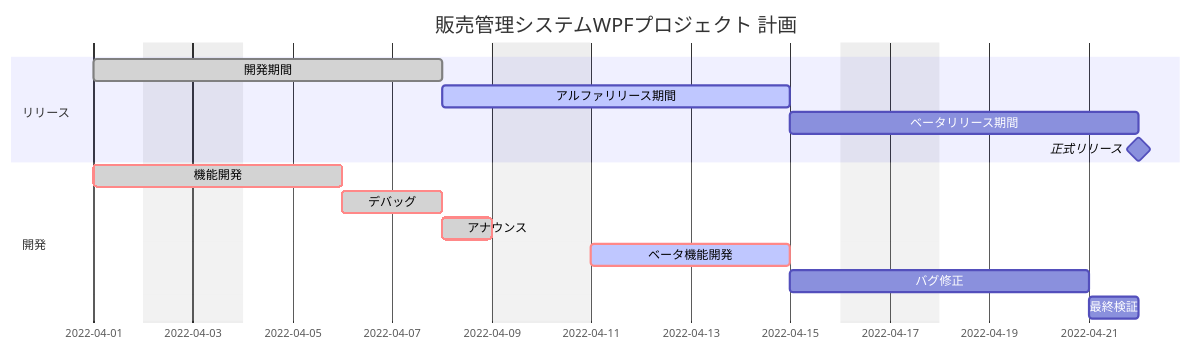
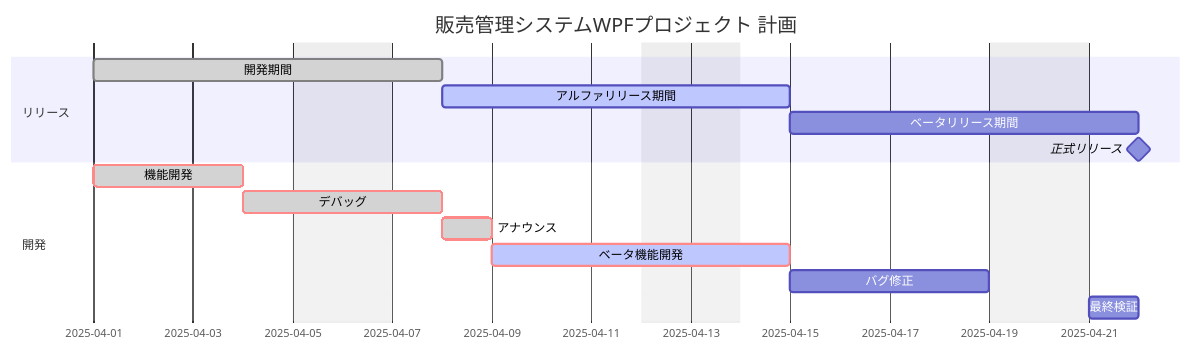
Before and after one commit to sekiya-sato/wpfstudy: the sixth of 8 diagrams in README.md, drawn with Mermaid. The commit also changed other lines of this file, not shown here.

Commit message:
Update development period and add pie chart

````diff
--- a/README.md
+++ b/README.md
@@ -114,21 +114,21 @@
 ```mermaid
 gantt
   dateFormat  YYYY-MM-DD
   title       販売管理システムWPFプロジェクト 計画
   excludes    weekends
 
   section リリース
-  開発期間        :done, 2022-04-01, 2022-04-08
+  開発期間        :done, 2025-04-01, 2025-04-08
   アルファリリース期間 :active, 5d
   ベータリリース期間  :5d
   正式リリース      :milestone, 0d
 
   section 開発
-  機能開発      :crit, done, 2022-04-01, 3d
+  機能開発      :crit, done, 2025-04-01, 3d
   デバッグ      :crit, done, 2d
   アナウンス     :crit, done, 1d
   ベータ機能開発 :crit, active, 4d
   バグ修正      :4d
   最終検証      :1d
 
 ```
````
